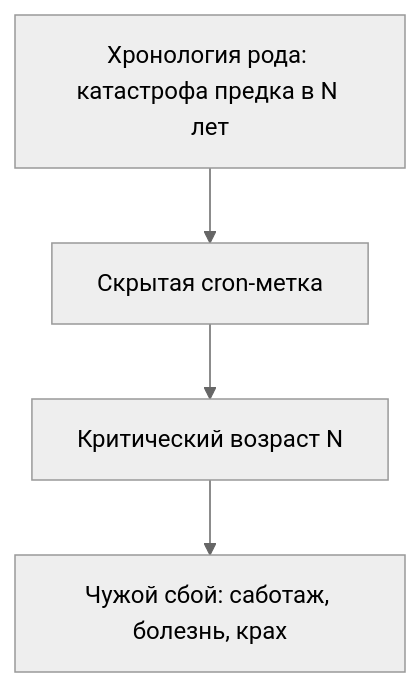
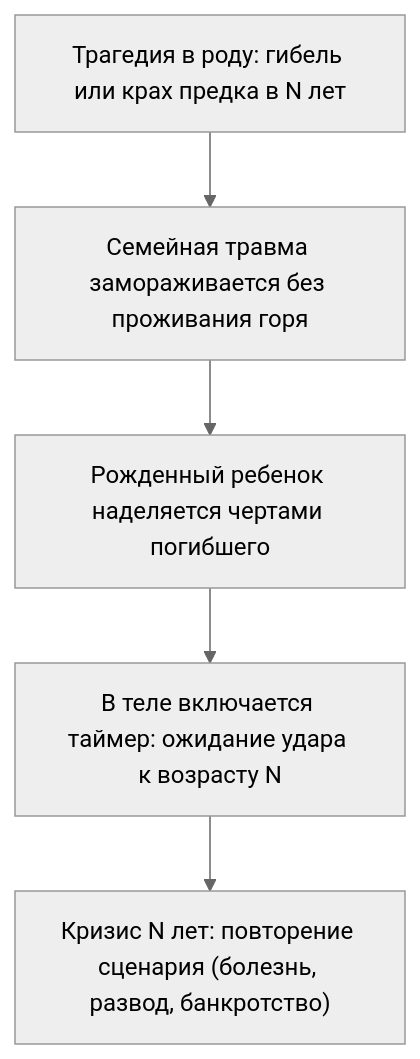
Before and after one commit to GTFB/threebooks: the diagram in root/21-bug-04-substitution/ru.mdx, drawn with Mermaid (neutral theme). The commit also changed other lines of this file and 40 other files, not shown here.

````diff
--- a/root/21-bug-04-substitution/ru.mdx
+++ b/root/21-bug-04-substitution/ru.mdx
@@ -24,6 +90,7 @@
 ```mermaid
-flowchart TB
-  A["Хронология рода: катастрофа предка в N лет"] --> B["Скрытая cron-метка"]
-  B --> C["Критический возраст N"]
-  C --> D["Чужой сбой: саботаж, болезнь, крах"]
+flowchart TD
+  Trauma["Трагедия в роду: гибель или крах предка в N лет"] --> Freeze["Семейная травма замораживается без проживания горя"]
+  Freeze --> Imprint["Рожденный ребенок наделяется чертами погибшего"]
+  Imprint --> Timer["В теле включается таймер: ожидание удара к возрасту N"]
+  Timer --> Crisis["Кризис N лет: повторение сценария (болезнь, развод, банкротство)"]
 ```
````
